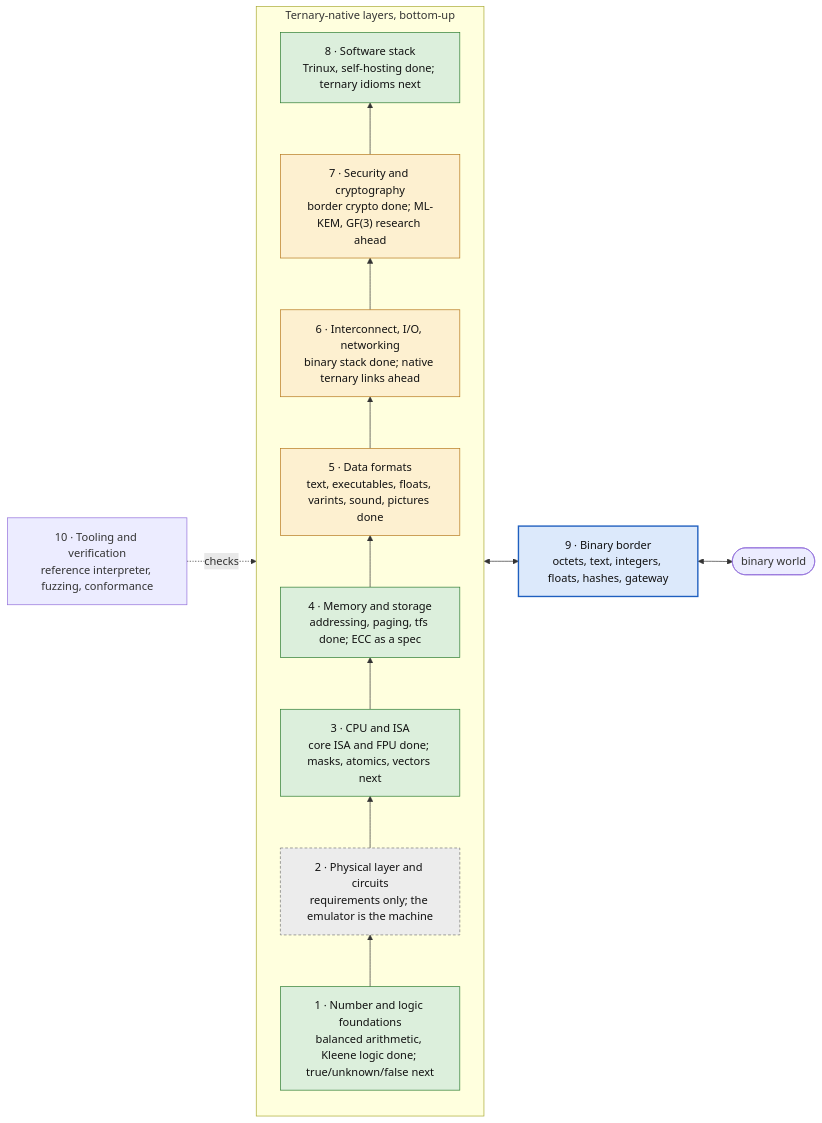
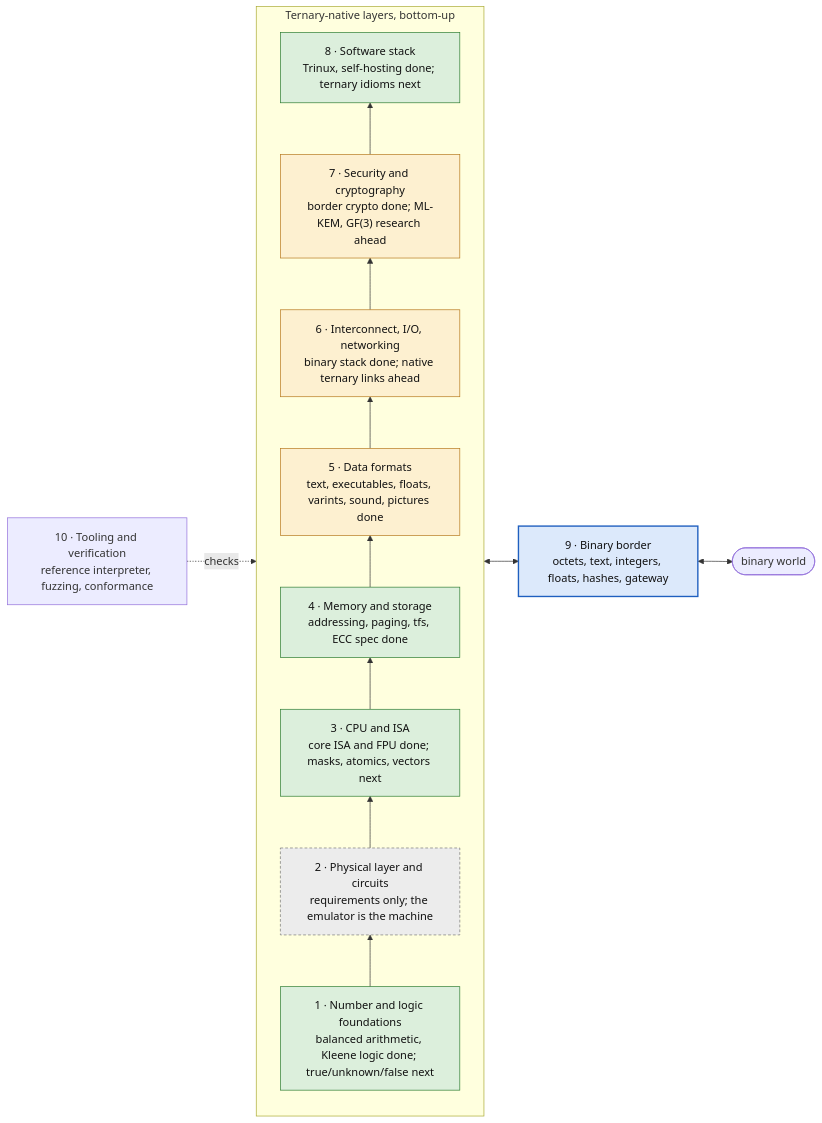
Before and after one commit to darkclad/Setun: the first of 2 diagrams in docs/TERNARY_WORLD.md, drawn with Mermaid. The commit also changed other lines of this file and 6 other files, not shown here.

````diff
--- a/docs/TERNARY_WORLD.md
+++ b/docs/TERNARY_WORLD.md
@@ -23,28 +23,28 @@
 ```mermaid
 flowchart LR
     T["10 · Tooling and verification<br/>reference interpreter, fuzzing, conformance"]
     subgraph stack ["Ternary-native layers, bottom-up"]
         direction BT
         L1["1 · Number and logic foundations<br/>balanced arithmetic, Kleene logic done; true/unknown/false next"]
         L2["2 · Physical layer and circuits<br/>requirements only; the emulator is the machine"]
         L3["3 · CPU and ISA<br/>core ISA and FPU done; masks, atomics, vectors next"]
-        L4["4 · Memory and storage<br/>addressing, paging, tfs done; ECC as a spec"]
+        L4["4 · Memory and storage<br/>addressing, paging, tfs, ECC spec done"]
         L5["5 · Data formats<br/>text, executables, floats, varints, sound, pictures done"]
         L6["6 · Interconnect, I/O, networking<br/>binary stack done; native ternary links ahead"]
         L7["7 · Security and cryptography<br/>border crypto done; ML-KEM, GF(3) research ahead"]
         L8["8 · Software stack<br/>Trinux, self-hosting done; ternary idioms next"]
         L1 --> L2 --> L3 --> L4 --> L5 --> L6 --> L7 --> L8
     end
     B["9 · Binary border<br/>octets, text, integers, floats, hashes, gateway"]
     W(["binary world"])
     T -. checks .-> stack
     stack <--> B <--> W
     classDef done fill:#dcefdc,stroke:#2e7d32,color:#111
     classDef partial fill:#fdf0d0,stroke:#b7791f,color:#111
     classDef research fill:#ececec,stroke:#777,color:#111,stroke-dasharray:4 3
     classDef border fill:#dce9fb,stroke:#1f5fbf,color:#111,stroke-width:2px
     class L1,L3,L4,L8 done
     class L5,L6,L7 partial
     class L2 research
     class B border
 ```
````
